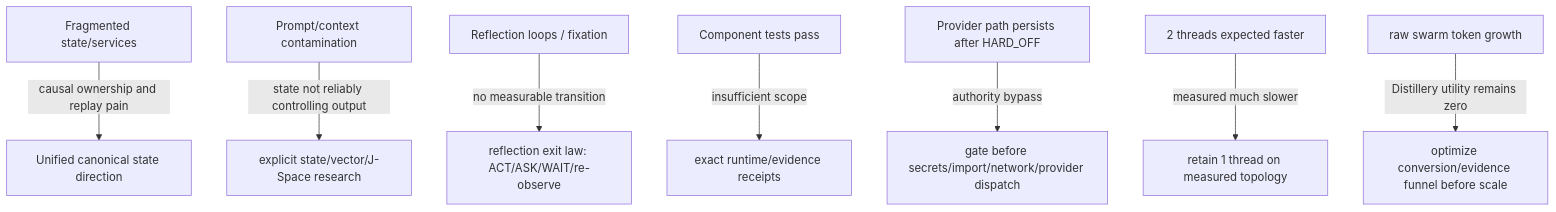
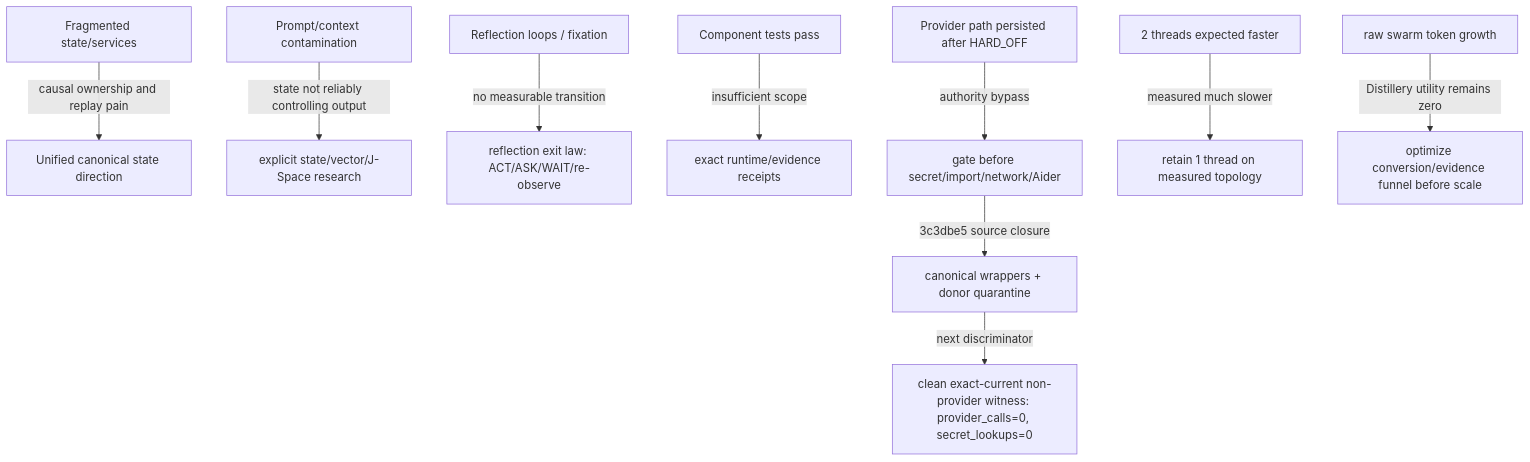
The diagram in DEV_SOURCE_RESEARCH/research/FRANKENSTEIN_EVIDENCE_MAP.md (gschaidergabriel/Cognitive-devmachine), drawn with Mermaid before and after one commit. The commit also changed other lines of this file, not shown here.

Commit message:
trigger3: refresh evidence map after hard-off source closure

````diff
--- a/DEV_SOURCE_RESEARCH/research/FRANKENSTEIN_EVIDENCE_MAP.md
+++ b/DEV_SOURCE_RESEARCH/research/FRANKENSTEIN_EVIDENCE_MAP.md
@@ -57,10 +66,12 @@
 ```mermaid
 flowchart TD
   A[Fragmented state/services] -->|causal ownership and replay pain| B[Unified canonical state direction]
   C[Prompt/context contamination] -->|state not reliably controlling output| D[explicit state/vector/J-Space research]
   E[Reflection loops / fixation] -->|no measurable transition| F[reflection exit law: ACT/ASK/WAIT/re-observe]
   G[Component tests pass] -->|insufficient scope| H[exact runtime/evidence receipts]
-  I[Provider path persists after HARD_OFF] -->|authority bypass| J[gate before secrets/import/network/provider dispatch]
+  I[Provider path persisted after HARD_OFF] -->|authority bypass| J[gate before secret/import/network/Aider]
+  J -->|3c3dbe5 source closure| J2[canonical wrappers + donor quarantine]
+  J2 -->|next discriminator| J3[clean exact-current non-provider witness: provider_calls=0, secret_lookups=0]
   K[2 threads expected faster] -->|measured much slower| L[retain 1 thread on measured topology]
   M[raw swarm token growth] -->|Distillery utility remains zero| N[optimize conversion/evidence funnel before scale]
 ```
````
